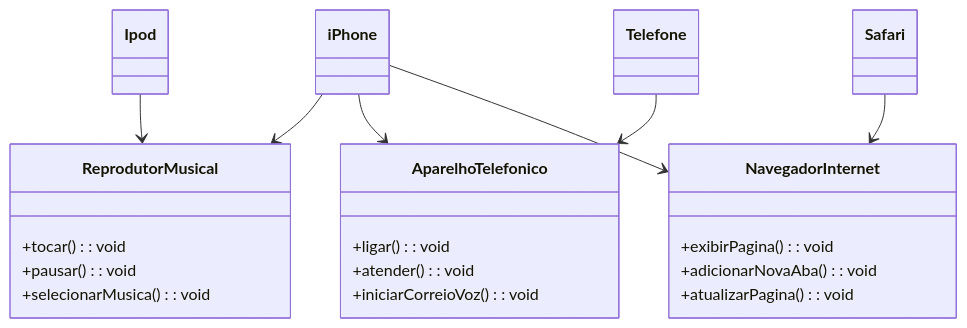
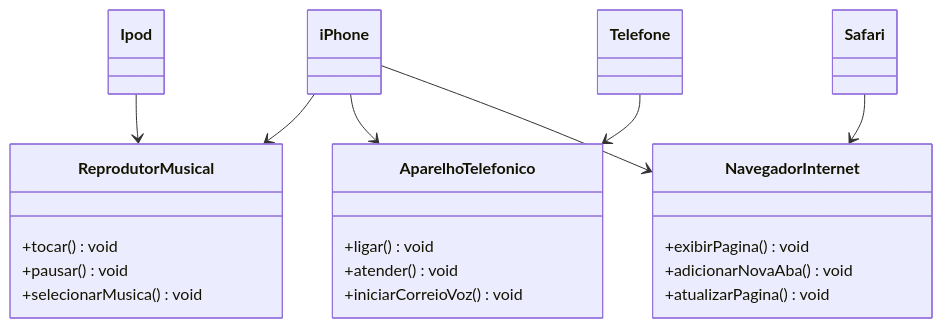
One commit to luscasrocha/dio-java-basico changed the diagram in componente-iphone/README.md. Above: the diagram before and after it, drawn with Mermaid.

Commit message:
Alterações UML

````diff
--- a/componente-iphone/README.md
+++ b/componente-iphone/README.md
@@ -28,40 +28,40 @@
 ```mermaid
 classDiagram
     class ReprodutorMusical {
-        +tocar() : void
-        +pausar() : void
-        +selecionarMusica() : void
+        +tocar() void
+        +pausar() void
+        +selecionarMusica() void
     }
 
     class AparelhoTelefonico {
-        +ligar() : void
-        +atender() : void
-        +iniciarCorreioVoz() : void
+        +ligar() void
+        +atender() void
+        +iniciarCorreioVoz() void
     }
 
     class NavegadorInternet {
-        +exibirPagina() : void
-        +adicionarNovaAba() : void
-        +atualizarPagina() : void
+        +exibirPagina() void
+        +adicionarNovaAba() void
+        +atualizarPagina() void
     }
 
     class iPhone {
     }
 
     iPhone --> ReprodutorMusical
     iPhone --> AparelhoTelefonico
     iPhone --> NavegadorInternet
     
     class Ipod {
     }
     
     class Telefone {
     }
     
     class Safari {
     }
 
     Ipod --> ReprodutorMusical
     Telefone --> AparelhoTelefonico
     Safari --> NavegadorInternet
 ```
````
